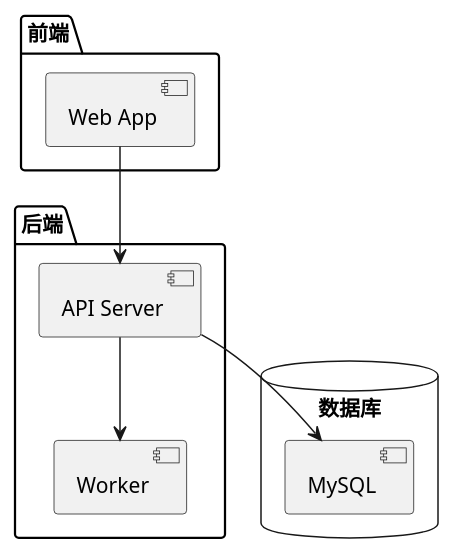
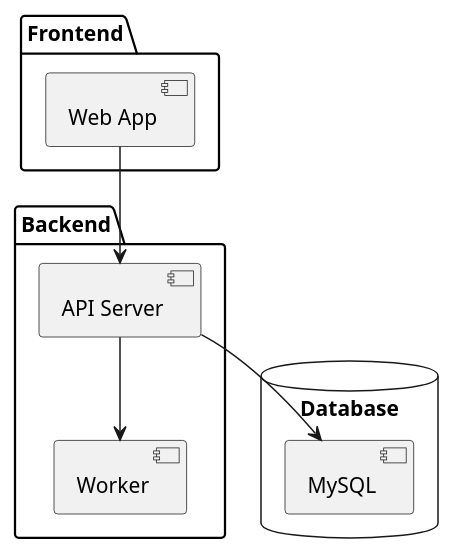
One commit to GOODDAYDAY/my-skills changed the fifth of 5 diagrams in _shared/plantuml.md. Above: the diagram before and after it, drawn with PlantUML. The commit also changed other lines of this file and 18 other files, not shown here.

````diff
--- a/_shared/plantuml.md
+++ b/_shared/plantuml.md
@@ -104,17 +136,17 @@
 ```plantuml
 @startuml
-package "前端" {
+package "Frontend" {
   [Web App]
 }
-package "后端" {
+package "Backend" {
   [API Server]
   [Worker]
 }
-database "数据库" {
+database "Database" {
   [MySQL]
 }
 [Web App] --> [API Server]
 [API Server] --> [MySQL]
 [API Server] --> [Worker]
 @enduml
 ```
````
